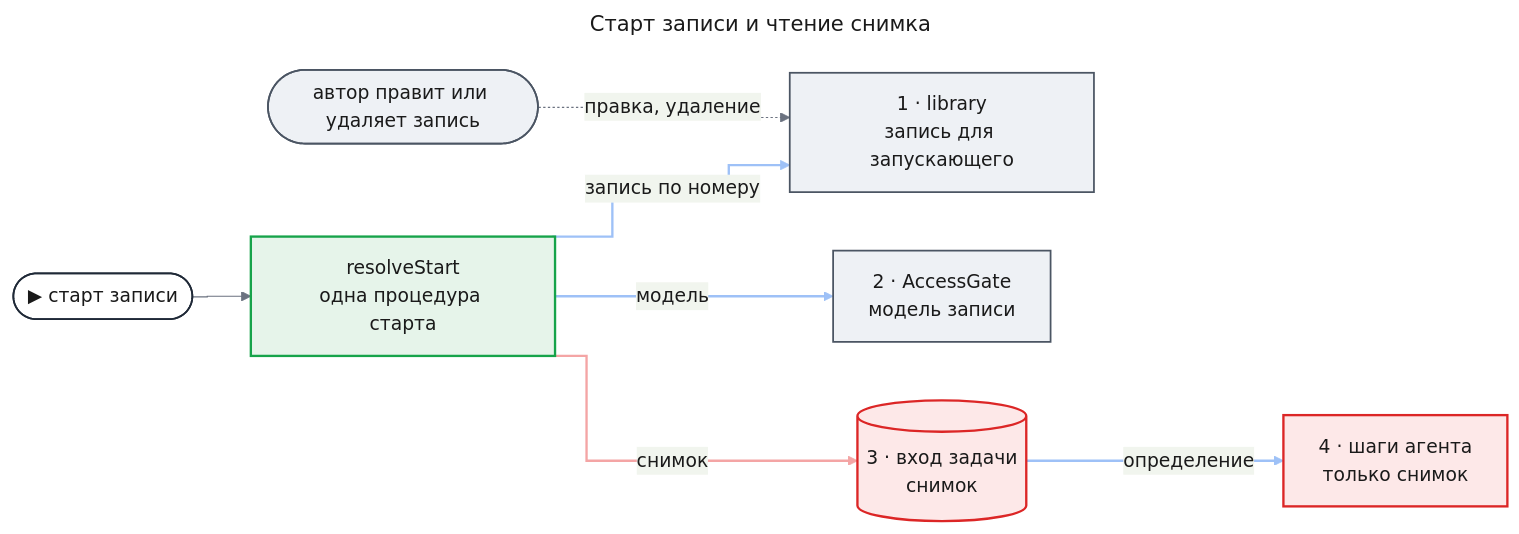
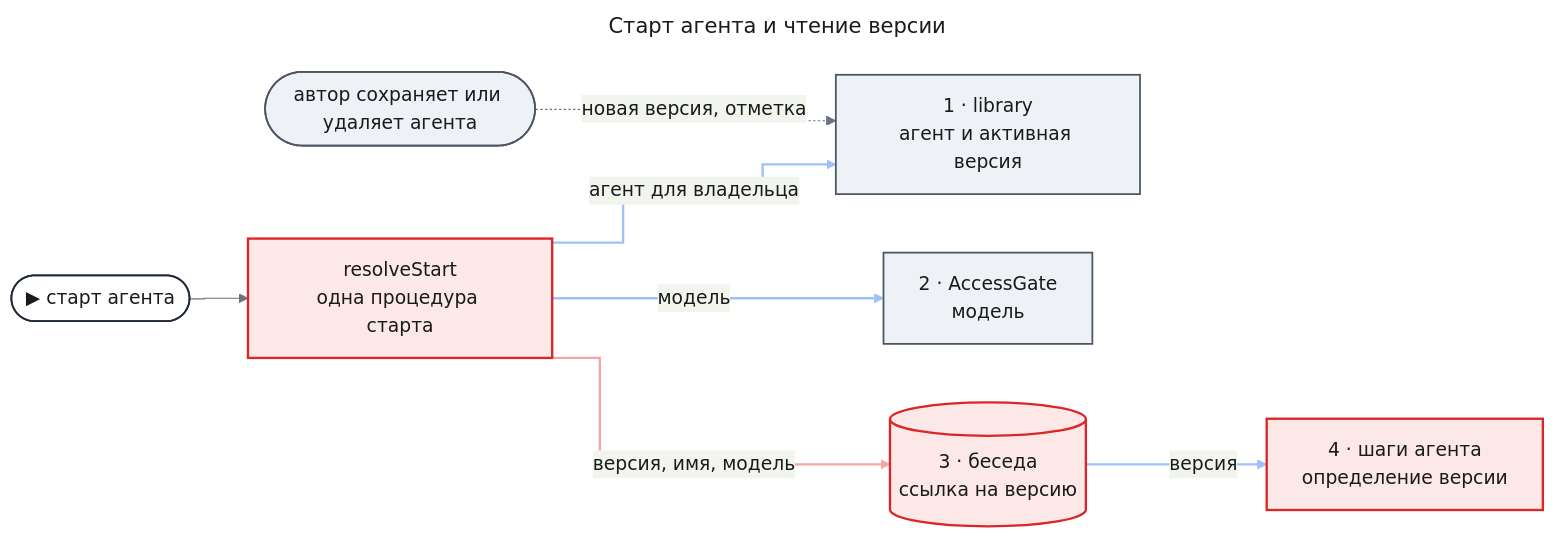
Before and after one commit to tundraray/agent-os: the diagram in docs/adr/ADR-0017-run-snapshots-from-library.md, drawn with Mermaid. The commit also changed other lines of this file and 1225 other files, not shown here.

````diff
--- a/docs/adr/ADR-0017-run-snapshots-from-library.md
+++ b/docs/adr/ADR-0017-run-snapshots-from-library.md
@@ -13,48 +13,47 @@
 ```mermaid
 ---
-title: "Старт записи и чтение снимка"
+title: "Старт агента и чтение версии"
 config:
   theme: base
   look: classic
   themeVariables:
     primaryColor: "#eef1f5"
     primaryBorderColor: "#4b5563"
     primaryTextColor: "#1a1a1a"
     lineColor: "#6b7280"
   flowchart:
     curve: step
   themeCSS: |
     @keyframes lit_a17{0%,22.5%{stroke:#991b1b;stroke-width:6px}25%,100%{stroke:#f4a5a5;stroke-width:2px}}
     @keyframes litr_a17{0%,22.5%{stroke:#1d4ed8;stroke-width:6px}25%,100%{stroke:#9ec1f7;stroke-width:2px}}
 ---
 flowchart LR
-    entry(["▶ старт записи"])
+    entry(["▶ старт агента"])
     rs["resolveStart<br/>одна процедура старта"]
-    lib["1 · library<br/>запись для запускающего"]
-    acc["2 · AccessGate<br/>модель записи"]
-    task[("3 · вход задачи<br/>снимок")]
-    step["4 · шаги агента<br/>только снимок"]
-    edit(["автор правит или удаляет запись"])
+    lib["1 · library<br/>агент и активная версия"]
+    acc["2 · AccessGate<br/>модель"]
+    conv[("3 · беседа<br/>ссылка на версию")]
+    step["4 · шаги агента<br/>определение версии"]
+    edit(["автор сохраняет или удаляет агента"])
     entry --> rs
-    rs e1@-->|"запись по номеру"| lib
+    rs e1@-->|"агент для владельца"| lib
     rs e2@-->|"модель"| acc
-    rs e3@-->|"снимок"| task
-    task e4@-->|"определение"| step
-    edit -.->|"правка, удаление"| lib
+    rs e3@-->|"версия, имя, модель"| conv
+    conv e4@-->|"версия"| step
+    edit -.->|"новая версия, отметка"| lib
     classDef entry fill:#ffffff,stroke:#1f2937,stroke-width:1.5px,color:#1a1a1a
     classDef changed fill:#fde8e8,stroke:#dc2626,stroke-width:2px,color:#1a1a1a
     classDef new fill:#e6f4ea,stroke:#16a34a,stroke-width:2px,color:#1a1a1a
     classDef unchanged fill:#eef1f5,stroke:#4b5563,stroke-width:1.5px,color:#1a1a1a
     classDef r1 stroke:#9ec1f7,stroke-width:2px,animation:litr_a17 4.8s linear 0s infinite
     classDef r2 stroke:#9ec1f7,stroke-width:2px,animation:litr_a17 4.8s linear 1.2s infinite
     classDef w3 stroke:#f4a5a5,stroke-width:2px,animation:lit_a17 4.8s linear 2.4s infinite
     classDef r4 stroke:#9ec1f7,stroke-width:2px,animation:litr_a17 4.8s linear 3.6s infinite
     class entry entry
-    class rs new
-    class task,step changed
+    class rs,conv,step changed
     class lib,acc,edit unchanged
     class e1 r1
     class e2 r2
     class e3 w3
     class e4 r4
 ```
````
